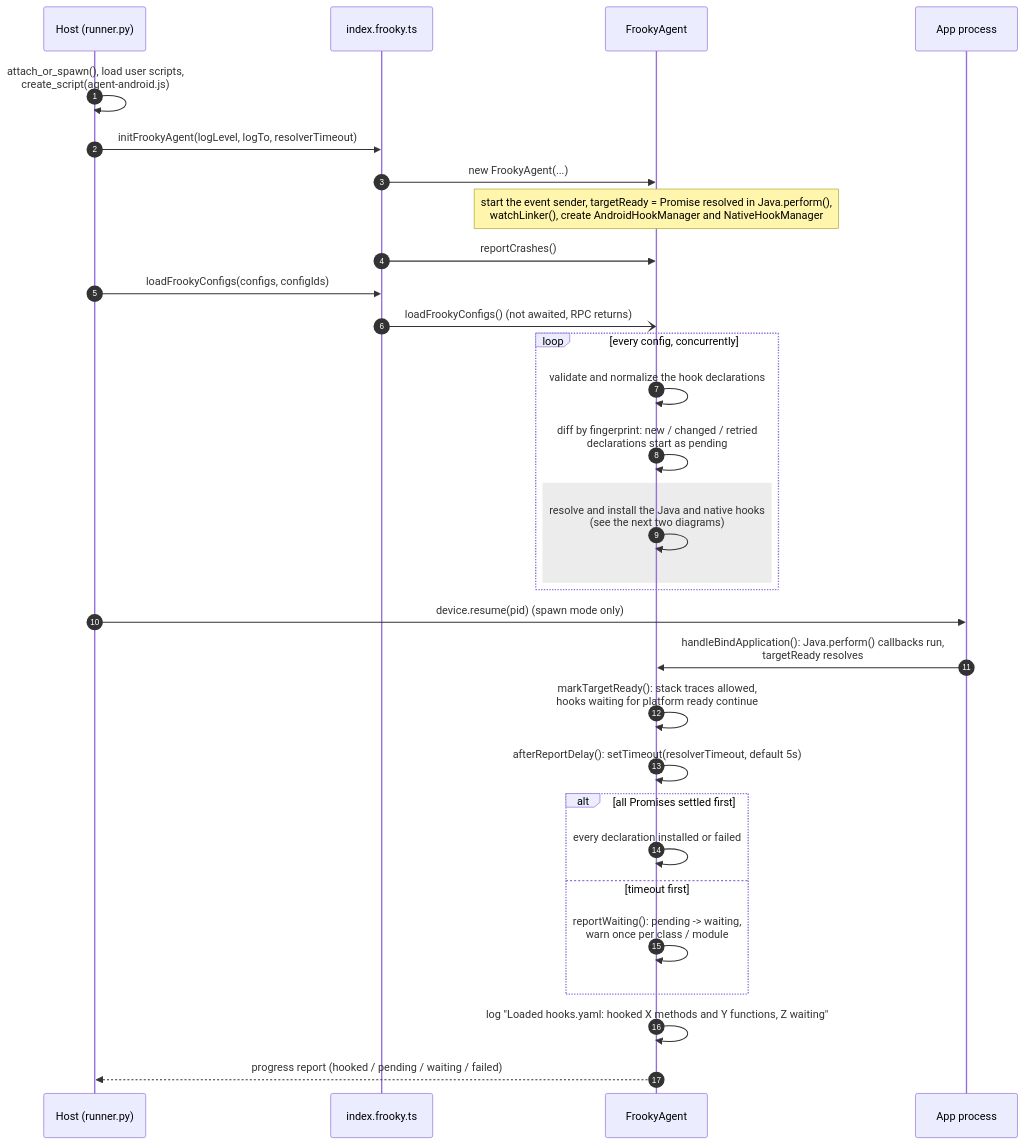
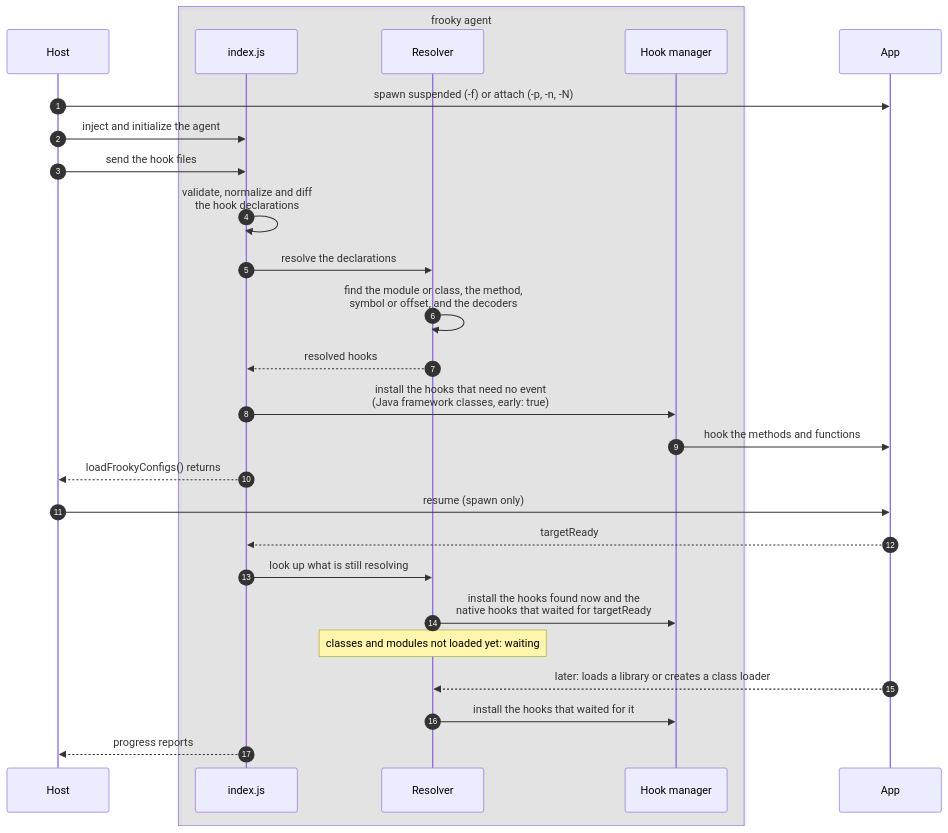
One commit to bernhste/frooky changed the first of 8 diagrams in docs/under-the-hood.md. Above: the diagram before and after it, drawn with Mermaid. The commit also changed other lines of this file and 21 other files, not shown here.

Commit message:
updated under the hood, updated hook states, and loadFrookyConfig promise

````diff
--- a/docs/under-the-hood.md
+++ b/docs/under-the-hood.md
@@ -46,38 +44,30 @@
 ```mermaid
 sequenceDiagram
     autonumber
-    participant Host as Host (runner.py)
-    participant RPC as index.frooky.ts
-    participant FA as FrookyAgent
-    participant App as App process
+    participant Host
+    box rgba(128, 128, 128, 0.15) frooky agent
+        participant FA as index.js
+        participant R as Resolver
+        participant HM as Hook manager
+    end
+    participant App
 
-    Host->>Host: attach_or_spawn(), load user scripts,<br/>create_script(agent-android.js)
-    Host->>RPC: initFrookyAgent(logLevel, logTo, resolverTimeout)
-    RPC->>FA: new FrookyAgent(...)
-    Note over FA: start the event sender, targetReady = Promise resolved in Java.perform(),<br/>watchLinker(), create AndroidHookManager and NativeHookManager
-    RPC->>FA: reportCrashes()
-
-    Host->>RPC: loadFrookyConfigs(configs, configIds)
-    RPC-)FA: loadFrookyConfigs() (not awaited, RPC returns)
-
-    loop every config, concurrently
-        FA->>FA: validate and normalize the hook declarations
-        FA->>FA: diff by fingerprint: new / changed / retried<br/>declarations start as pending
-        rect rgba(128, 128, 128, 0.15)
-            FA->>FA: resolve and install the Java and native hooks<br/>(see the next two diagrams)
-        end
-    end
-
-    Host->>App: device.resume(pid) (spawn mode only)
-    App->>FA: handleBindApplication(): Java.perform() callbacks run,<br/>targetReady resolves
-    FA->>FA: markTargetReady(): stack traces allowed,<br/>hooks waiting for platform ready continue
-    FA->>FA: afterReportDelay(): setTimeout(resolverTimeout, default 5s)
-
-    alt all Promises settled first
-        FA->>FA: every declaration installed or failed
-    else timeout first
-        FA->>FA: reportWaiting(): pending -> waiting,<br/>warn once per class / module
-    end
-    FA->>FA: log "Loaded hooks.yaml: hooked X methods and Y functions, Z waiting"
-    FA-->>Host: progress report (hooked / pending / waiting / failed)
+    Host->>App: spawn suspended (-f) or attach (-p, -n, -N)
+    Host->>FA: inject and initialize the agent
+    Host->>FA: send the hook files
+    FA->>FA: validate, normalize and diff<br/>the hook declarations
+    FA->>R: resolve the declarations
+    R->>R: find the module or class, the method,<br/>symbol or offset, and the decoders
+    R-->>FA: resolved hooks
+    FA->>HM: install the hooks that need no event<br/>(Java framework classes, early: true)
+    HM->>App: hook the methods and functions
+    FA-->>Host: loadFrookyConfigs() returns
+    Host->>App: resume (spawn only)
+    App-->>FA: targetReady
+    FA->>R: look up what is still resolving
+    R->>HM: install the hooks found now and the<br/>native hooks that waited for targetReady
+    Note over R: classes and modules not loaded yet: waiting
+    App-->>R: later: loads a library or creates a class loader
+    R->>HM: install the hooks that waited for it
+    FA-->>Host: progress reports
 ```
````
